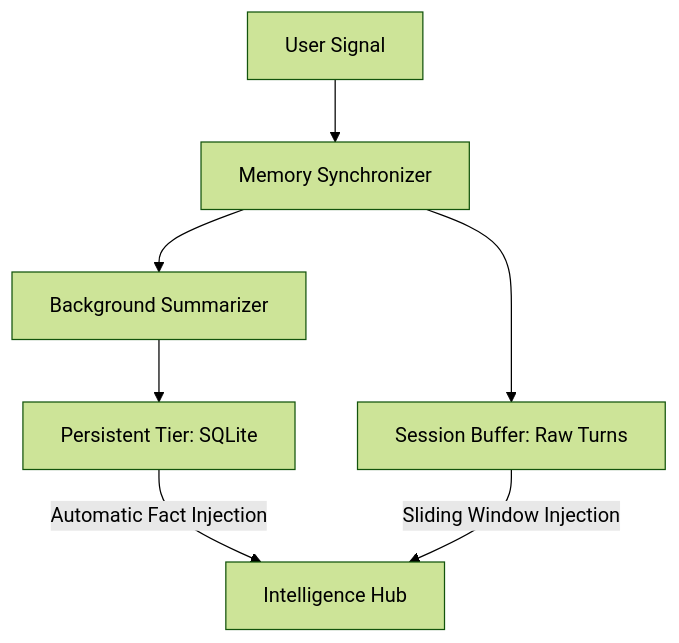
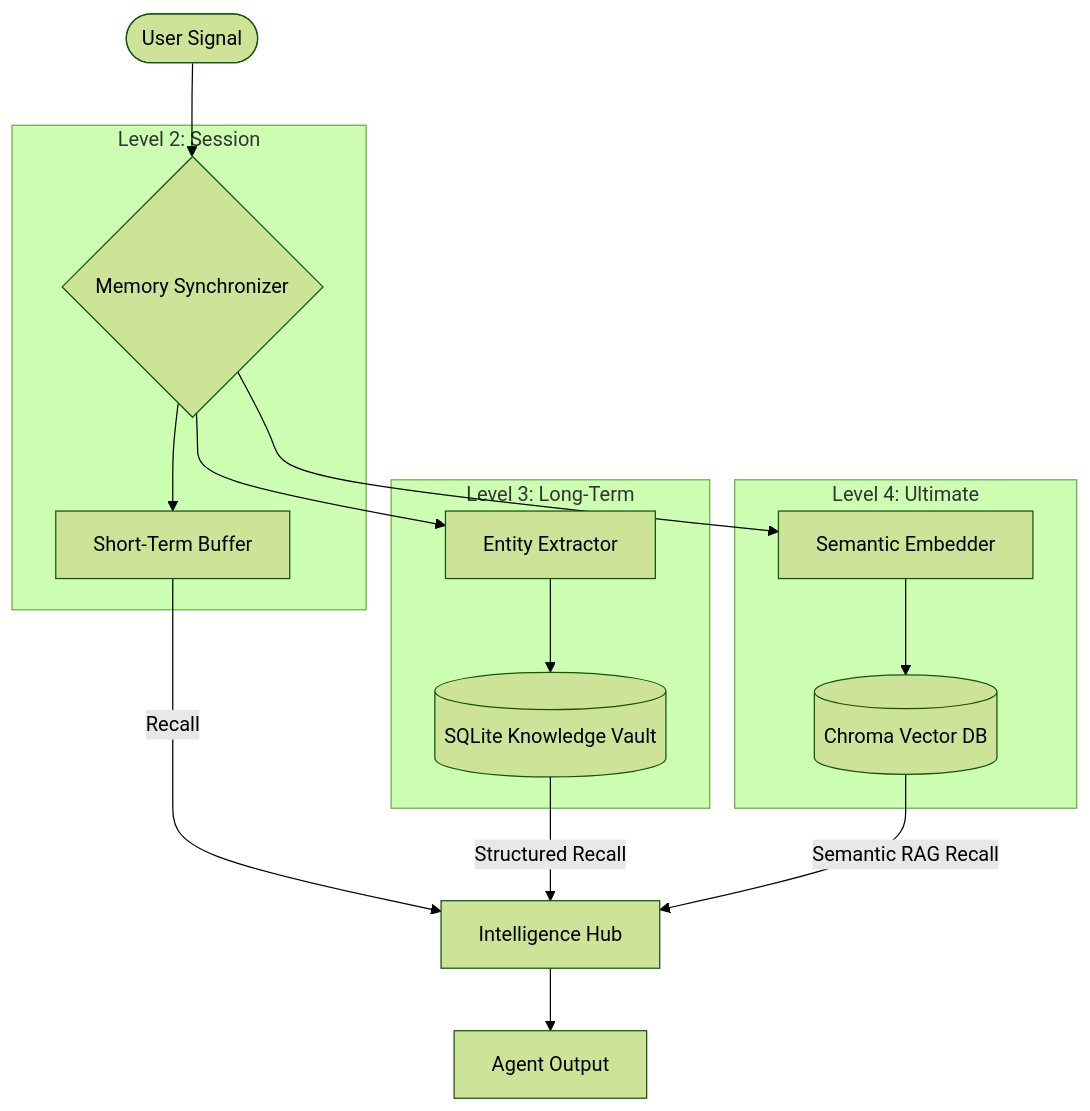
One commit to Sam-Dev-AI/OrionAgent changed the diagram in README.md. Above: the diagram before and after it, drawn with Mermaid (forest theme). The commit also changed other lines of this file and 1 other file, not shown here.

Commit message:
docs: Expand parameter details for Memory and HITL, and improve architecture diagrams

````diff
--- a/README.md
+++ b/README.md
@@ -312,9 +312,24 @@
 ```mermaid
 graph TD
-    A[User Signal] --> B[Memory Synchronizer]
-    B --> C[Session Buffer: Raw Turns]
-    B --> D[Background Summarizer]
-    D --> E[Persistent Tier: SQLite]
-    E -- Automatic Fact Injection --> F[Intelligence Hub]
-    C -- Sliding Window Injection --> F
+    User([User Signal]) --> Sync{Memory Synchronizer}
+    
+    subgraph Level 2: Session
+        Sync --> Buffer[Short-Term Buffer]
+    end
+    
+    subgraph Level 3: Long-Term
+        Sync --> Extract[Entity Extractor]
+        Extract --> SQL[(SQLite Knowledge Vault)]
+    end
+    
+    subgraph Level 4: Ultimate
+        Sync --> Embedding[Semantic Embedder]
+        Embedding --> Chroma[(Chroma Vector DB)]
+    end
+    
+    Buffer -- Recall --> Hub[Intelligence Hub]
+    SQL -- Structured Recall --> Hub
+    Chroma -- Semantic RAG Recall --> Hub
+    
+    Hub --> Agent[Agent Output]
 ```
````
